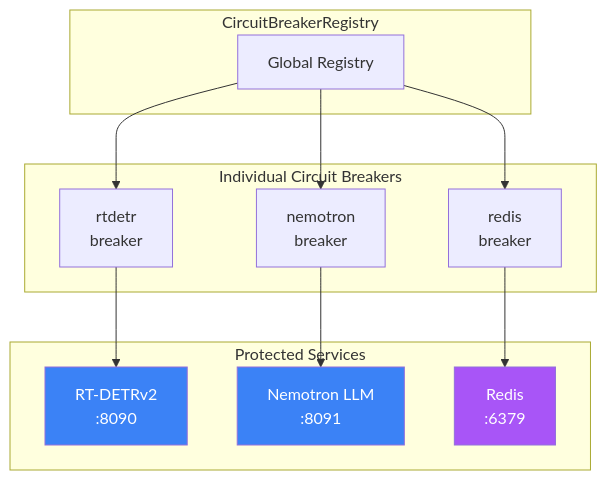
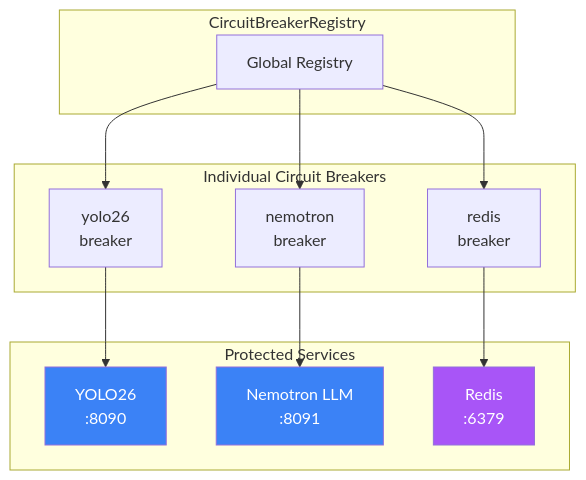
Before and after one commit to mikesvoboda/nemotron-v3-home-security-intelligence: the third of 15 diagrams in docs/architecture/resilience.md, drawn with Mermaid. The commit also changed other lines of this file and 474 other files, not shown here.

````diff
--- a/docs/architecture/resilience.md
+++ b/docs/architecture/resilience.md
@@ -235,30 +235,30 @@
 ```mermaid
 flowchart TB
     subgraph Registry["CircuitBreakerRegistry"]
         R[Global Registry]
     end
 
     subgraph Breakers["Individual Circuit Breakers"]
-        B1[rtdetr<br/>breaker]
+        B1[yolo26<br/>breaker]
         B2[nemotron<br/>breaker]
         B3[redis<br/>breaker]
     end
 
     subgraph Services["Protected Services"]
-        S1[RT-DETRv2<br/>:8090]
+        S1[YOLO26<br/>:8090]
         S2[Nemotron LLM<br/>:8091]
         S3[Redis<br/>:6379]
     end
 
     R --> B1
     R --> B2
     R --> B3
 
     B1 --> S1
     B2 --> S2
     B3 --> S3
 
     style S1 fill:#3B82F6,color:#fff
     style S2 fill:#3B82F6,color:#fff
     style S3 fill:#A855F7,color:#fff
 ```
````
